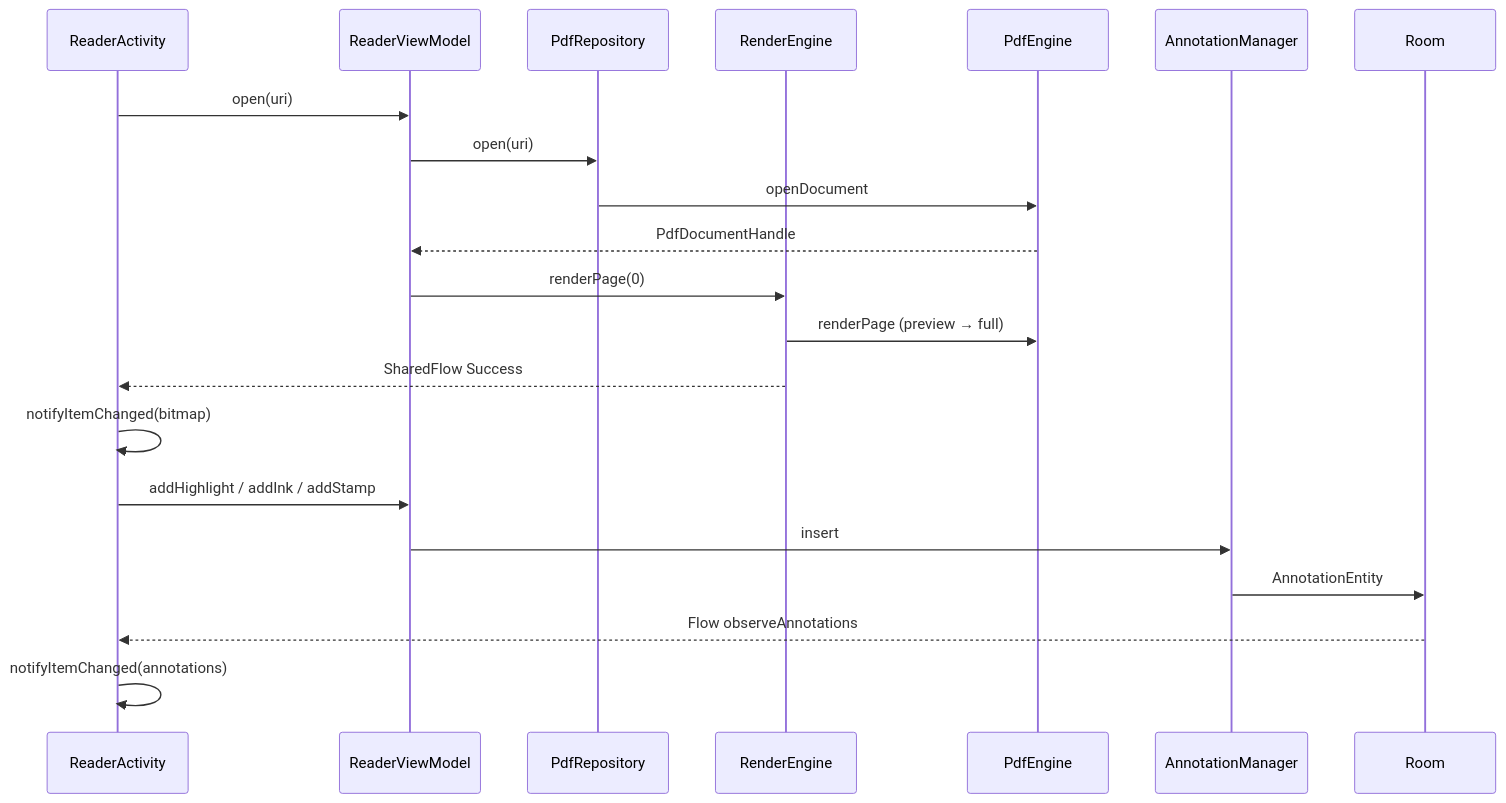
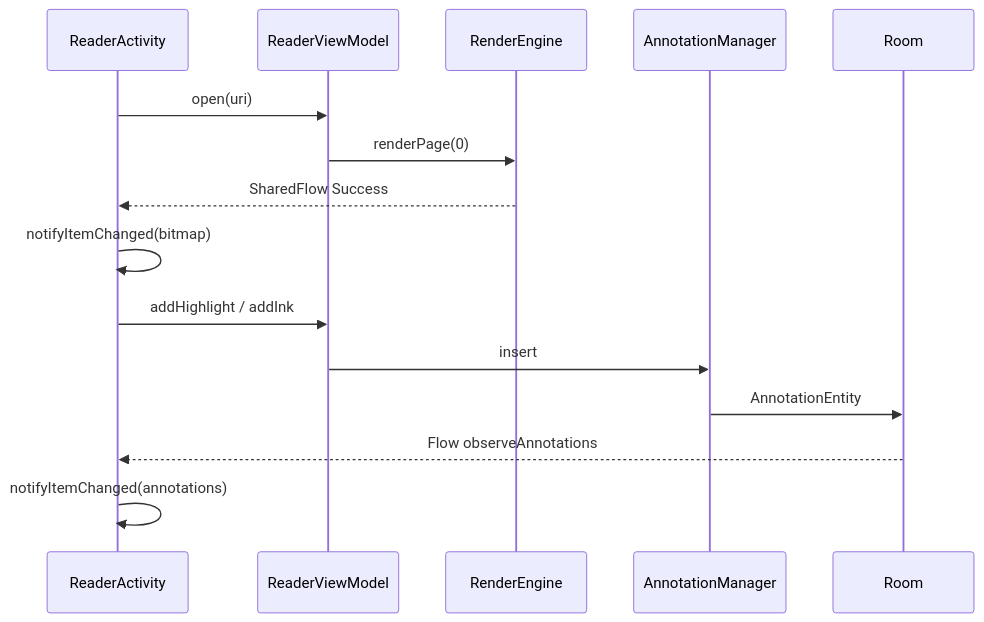
One commit to wzystal/pdf-studio changed the diagram in README.md. Above: the diagram before and after it, drawn with Mermaid. The commit also changed other lines of this file and 6 other files, not shown here.

````diff
--- a/README.md
+++ b/README.md
@@ -97,25 +145,19 @@
 ```mermaid
 sequenceDiagram
     participant UI as ReaderActivity
     participant VM as ReaderViewModel
-    participant Repo as PdfRepository
     participant RE as RenderEngine
-    participant PE as PdfEngine
     participant AM as AnnotationManager
     participant DB as Room
 
     UI->>VM: open(uri)
-    VM->>Repo: open(uri)
-    Repo->>PE: openDocument
-    PE-->>VM: PdfDocumentHandle
     VM->>RE: renderPage(0)
-    RE->>PE: renderPage (preview → full)
     RE-->>UI: SharedFlow Success
     UI->>UI: notifyItemChanged(bitmap)
 
-    UI->>VM: addHighlight / addInk / addStamp
+    UI->>VM: addHighlight / addInk
     VM->>AM: insert
     AM->>DB: AnnotationEntity
     DB-->>UI: Flow observeAnnotations
     UI->>UI: notifyItemChanged(annotations)
 ```
````
